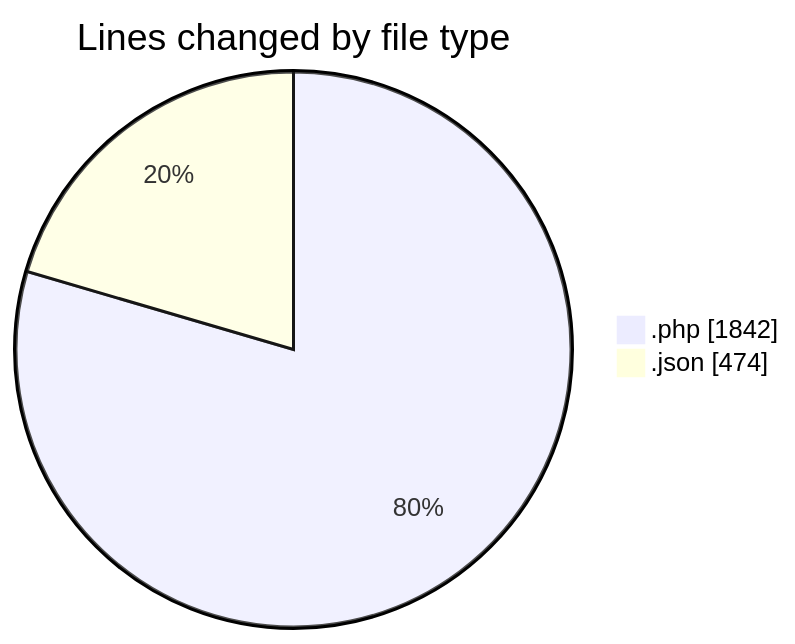
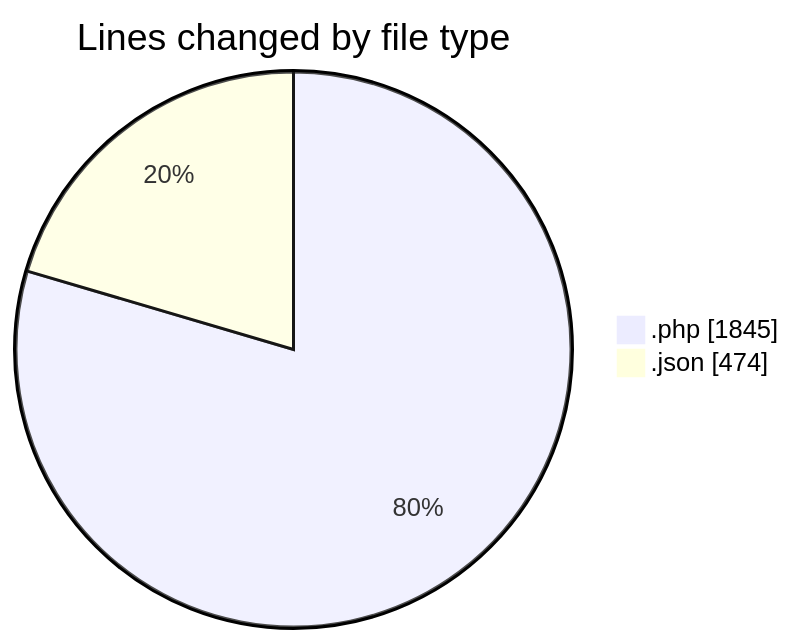
One commit to idhammustaqopulfikri/code-tracking changed the first of 2 diagrams in 2025-06-22/studio-backend/README.md. Above: the diagram before and after it, drawn with Mermaid. The commit also changed other lines of this file and 1 other file, not shown here.

````diff
--- a/2025-06-22/studio-backend/README.md
+++ b/2025-06-22/studio-backend/README.md
@@ -28,6 +28,6 @@
 ```mermaid
 pie showData
 title Lines changed by file type
-".php" : 1842
+".php" : 1845
 ".json" : 474
 ```
````
